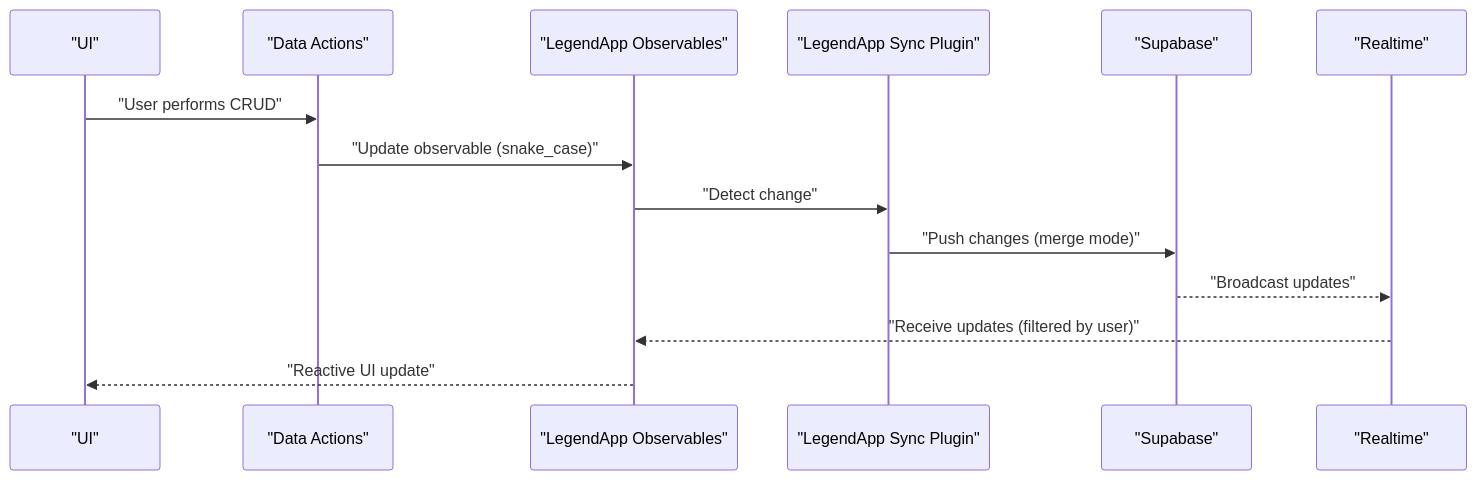
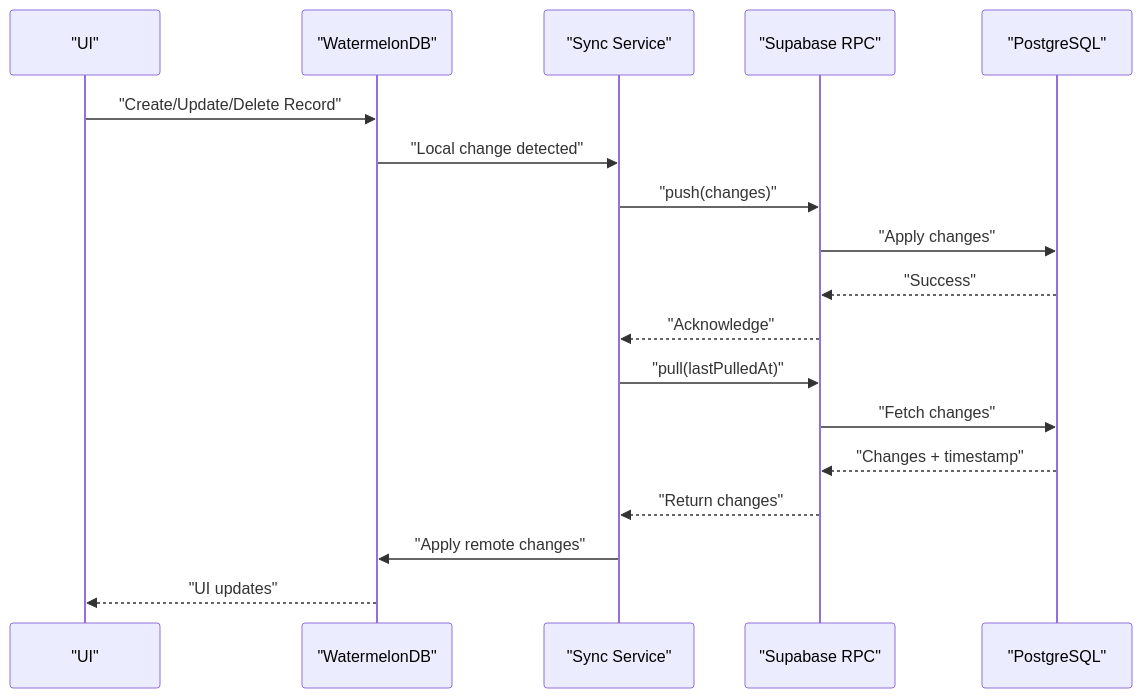
The second of 6 diagrams in .qoder/repowiki/en/content/Services and Utilities/Data Synchronization.md (karllasouzza/PowerLists), drawn with Mermaid before and after one commit. The commit also changed other lines of this file and 5 other files, not shown here.

````diff
--- a/.qoder/repowiki/en/content/Services and Utilities/Data Synchronization.md
+++ b/.qoder/repowiki/en/content/Services and Utilities/Data Synchronization.md
@@ -100,16 +111,20 @@
 ```mermaid
 sequenceDiagram
 participant UI as "UI"
-participant Actions as "Data Actions"
-participant Obs as "LegendApp Observables"
-participant Sync as "LegendApp Sync Plugin"
-participant SB as "Supabase"
-participant RT as "Realtime"
-UI->>Actions : "User performs CRUD"
-Actions->>Obs : "Update observable (snake_case)"
-Obs->>Sync : "Detect change"
-Sync->>SB : "Push changes (merge mode)"
-SB-->>RT : "Broadcast updates"
-RT-->>Obs : "Receive updates (filtered by user)"
-Obs-->>UI : "Reactive UI update"
+participant DB as "WatermelonDB"
+participant SYNC as "Sync Service"
+participant RPC as "Supabase RPC"
+participant PG as "PostgreSQL"
+UI->>DB : "Create/Update/Delete Record"
+DB->>SYNC : "Local change detected"
+SYNC->>RPC : "push(changes)"
+RPC->>PG : "Apply changes"
+PG-->>RPC : "Success"
+RPC-->>SYNC : "Acknowledge"
+SYNC->>RPC : "pull(lastPulledAt)"
+RPC->>PG : "Fetch changes"
+PG-->>RPC : "Changes + timestamp"
+RPC-->>SYNC : "Return changes"
+SYNC->>DB : "Apply remote changes"
+DB-->>UI : "UI updates"
 ```
````
